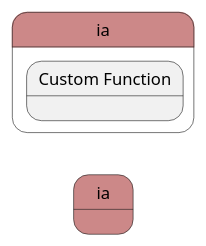
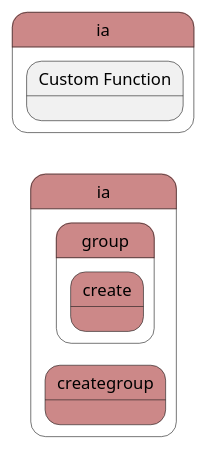
One commit to madajaju/edgemere changed the diagram in docs/edgemere/ia/process.puml. Above: the diagram before and after it, drawn with PlantUML. The commit also changed 909 other files, not shown here.

```diff
--- a/docs/edgemere/ia/process.puml
+++ b/docs/edgemere/ia/process.puml
@@ -1,18 +1,32 @@
 @startuml
 left to right direction
 
 
 state "ia" as ia #cc8888 {
 }
 
 
 state "ia" as pstatename #cc8888 {
     state "Custom Function" as iafunction {
     }
 }
 
+        state "ia" as ia #cc8888 {
+state "creategroup" as iacreategroup #cc8888 {
+}
+}
+
+
+        state "ia" as ia #cc8888 {
+state "group" as iagroup #cc8888 {
+state "create" as iagroupcreate #cc8888 {
+}
+}
+}
+
+
 
 
 
 
 @enduml
```
